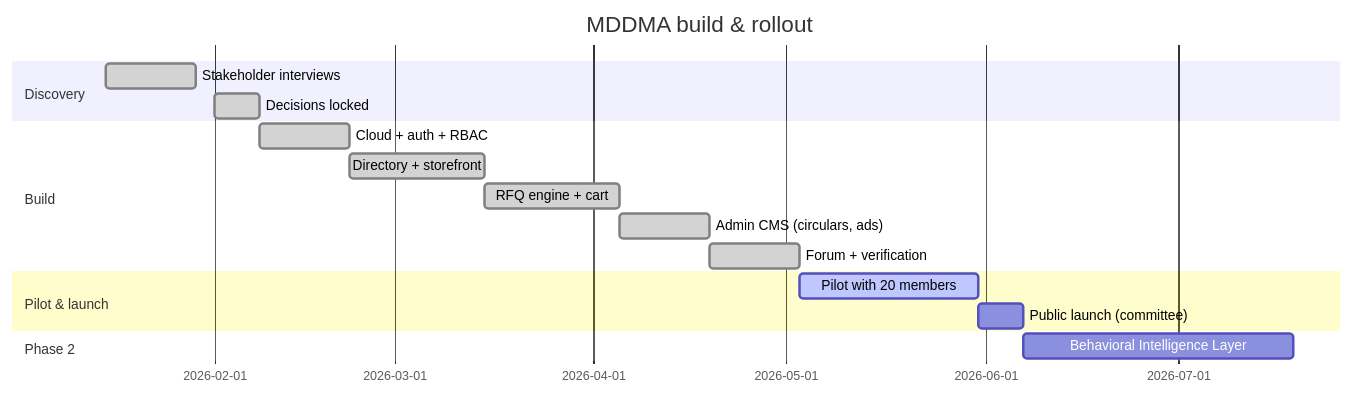
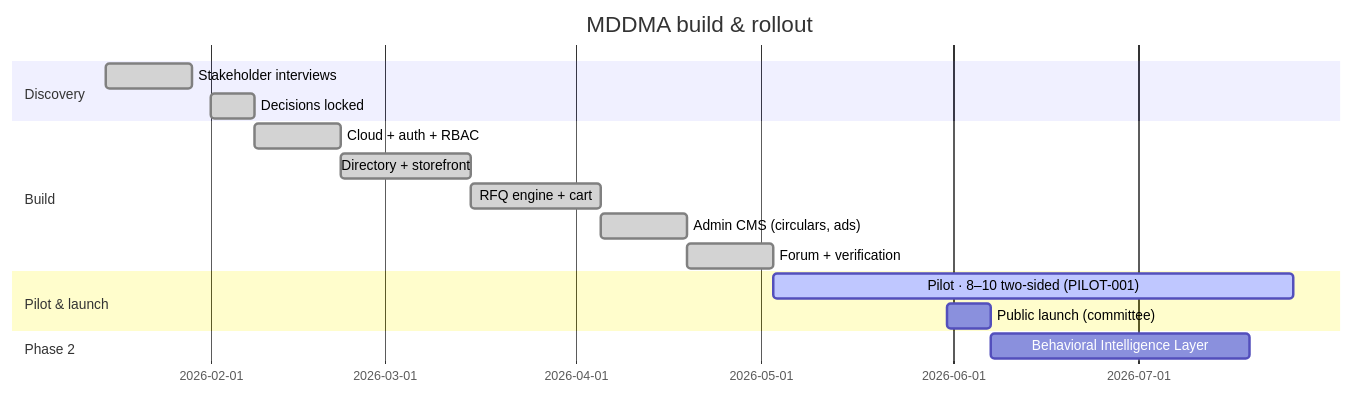
The second of 2 diagrams in src/content/docs/02-business-and-scope.md (arka97/mddma-test), drawn with Mermaid before and after one commit. The commit also changed 7 other files, not shown here.

````diff
--- a/src/content/docs/02-business-and-scope.md
+++ b/src/content/docs/02-business-and-scope.md
@@ -33,19 +33,19 @@
 ```mermaid
 gantt
   title MDDMA build & rollout
   dateFormat  YYYY-MM-DD
   section Discovery
   Stakeholder interviews        :done, 2026-01-15, 2w
   Decisions locked              :done, 2026-02-01, 1w
   section Build
   Cloud + auth + RBAC           :done, 2026-02-08, 2w
   Directory + storefront        :done, 2026-02-22, 3w
   RFQ engine + cart             :done, 2026-03-15, 3w
   Admin CMS (circulars, ads)    :done, 2026-04-05, 2w
   Forum + verification          :done, 2026-04-19, 2w
   section Pilot & launch
-  Pilot with 20 members         :active, 2026-05-03, 4w
+  Pilot · 8–10 two-sided (PILOT-001) :active, 2026-05-03, 12w
   Public launch (committee)     : 2026-05-31, 1w
   section Phase 2
   Behavioral Intelligence Layer : 2026-06-07, 6w
 ```
````
